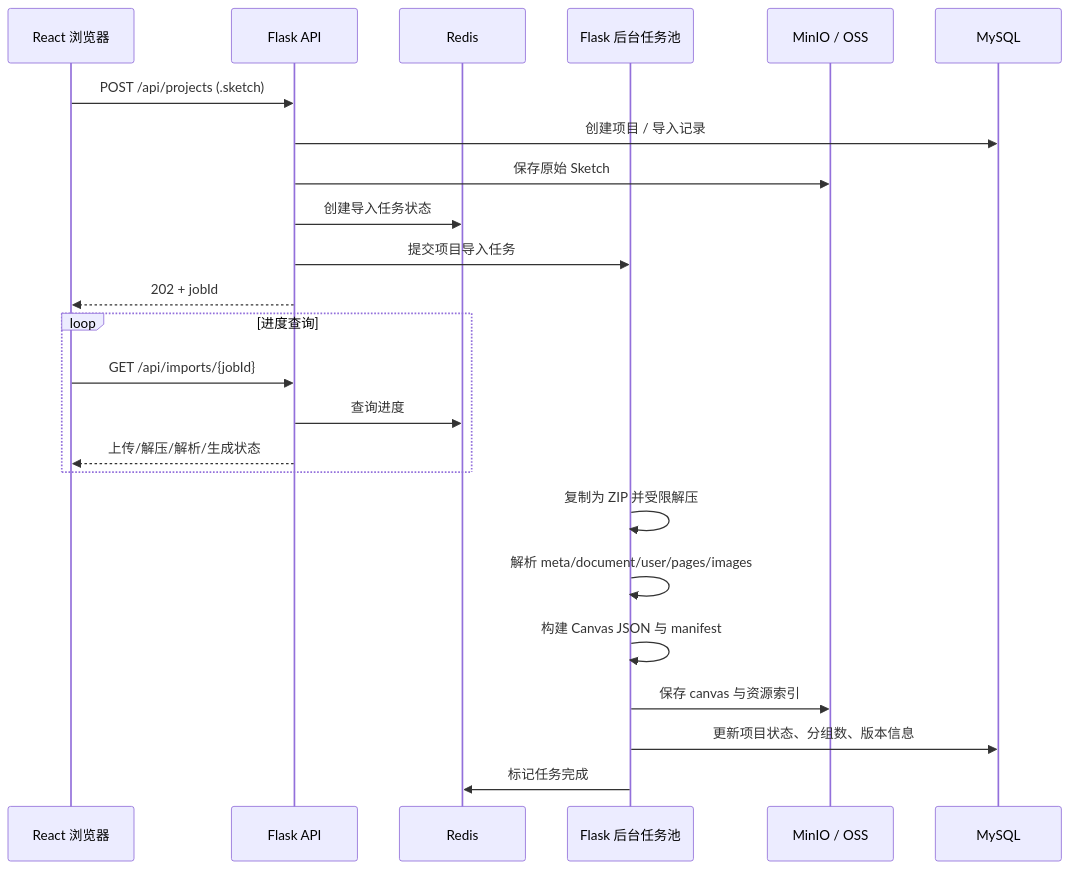
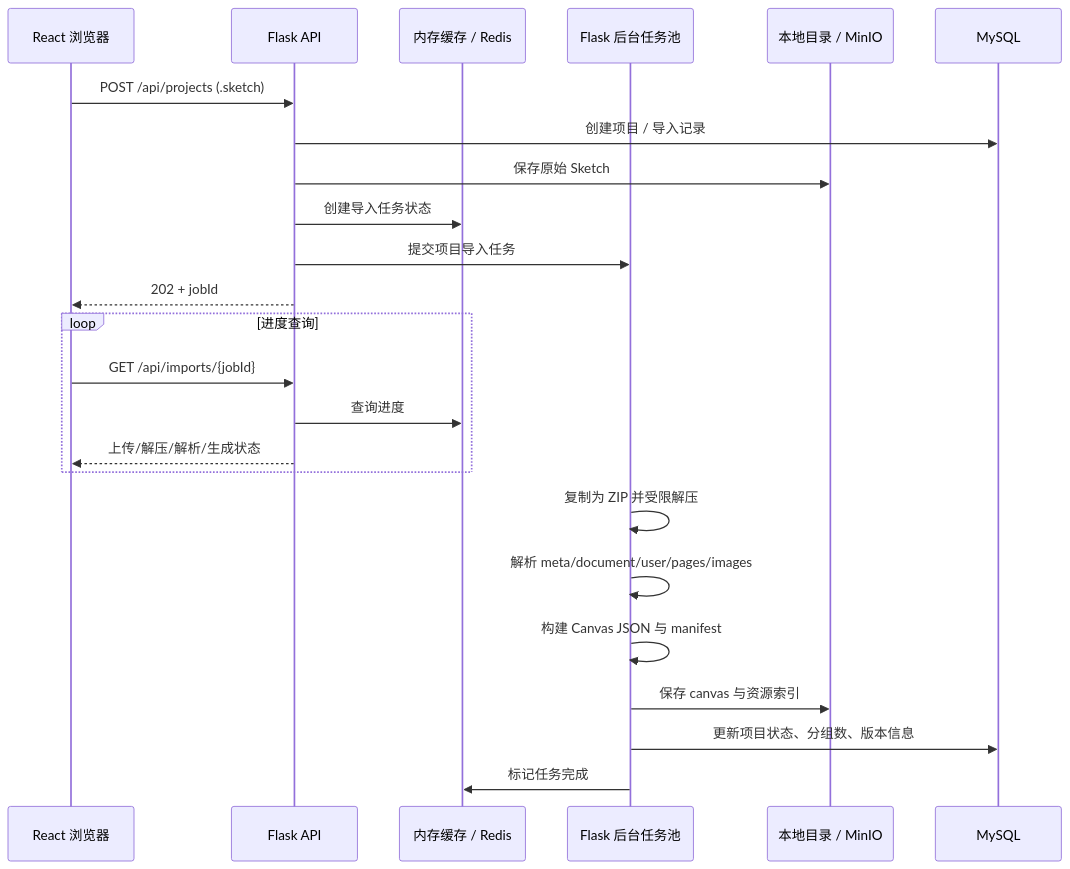
Before and after one commit to fjl-gj/sketchtoui: the fourth of 7 diagrams in docs/02_ARCHITECTURE.md, drawn with Mermaid. The commit also changed other lines of this file and 21 other files, not shown here.

Commit message:
feat: make Redis and MinIO optional

````diff
--- a/docs/02_ARCHITECTURE.md
+++ b/docs/02_ARCHITECTURE.md
@@ -156,27 +158,27 @@
 ```mermaid
 sequenceDiagram
     participant Browser as React 浏览器
     participant API as Flask API
-    participant Redis as Redis
+    participant Redis as 内存缓存 / Redis
     participant Task as Flask 后台任务池
-    participant Store as MinIO / OSS
+    participant Store as 本地目录 / MinIO
     participant DB as MySQL
 
     Browser->>API: POST /api/projects (.sketch)
     API->>DB: 创建项目 / 导入记录
     API->>Store: 保存原始 Sketch
     API->>Redis: 创建导入任务状态
     API->>Task: 提交项目导入任务
     API-->>Browser: 202 + jobId
     loop 进度查询
         Browser->>API: GET /api/imports/{jobId}
         API->>Redis: 查询进度
         API-->>Browser: 上传/解压/解析/生成状态
     end
     Task->>Task: 复制为 ZIP 并受限解压
     Task->>Task: 解析 meta/document/user/pages/images
     Task->>Task: 构建 Canvas JSON 与 manifest
     Task->>Store: 保存 canvas 与资源索引
     Task->>DB: 更新项目状态、分组数、版本信息
     Task->>Redis: 标记任务完成
 ```
````
